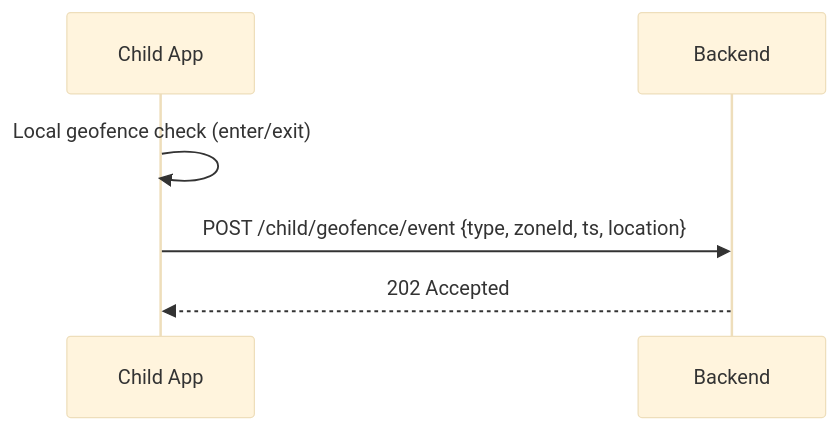
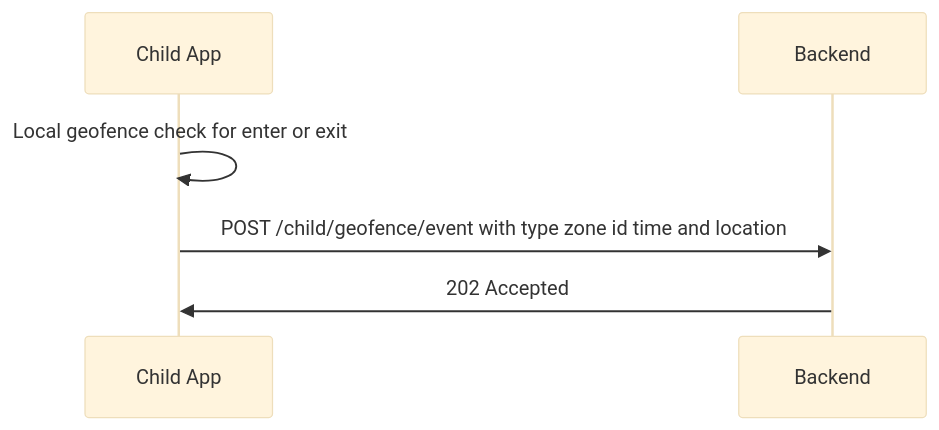
Before and after one commit to maiElkheshen066/safeGuard: the fourth of 6 diagrams in Doc/Child app/CHILD_APP_FEATURES_AND_DESIGN.md, drawn with Mermaid (base theme). The commit also changed other lines of this file, not shown here.

````diff
--- a/Doc/Child app/CHILD_APP_FEATURES_AND_DESIGN.md
+++ b/Doc/Child app/CHILD_APP_FEATURES_AND_DESIGN.md
@@ -111,8 +111,8 @@
 ```mermaid
 sequenceDiagram
   participant C as Child App
   participant B as Backend
-  C->>C: Local geofence check (enter/exit)
-  C->>B: POST /child/geofence/event {type, zoneId, ts, location}
-  B-->>C: 202 Accepted
+  C->>C: Local geofence check for enter or exit
+  C->>B: POST /child/geofence/event with type zone id time and location
+  B->>C: 202 Accepted
 ```
````
